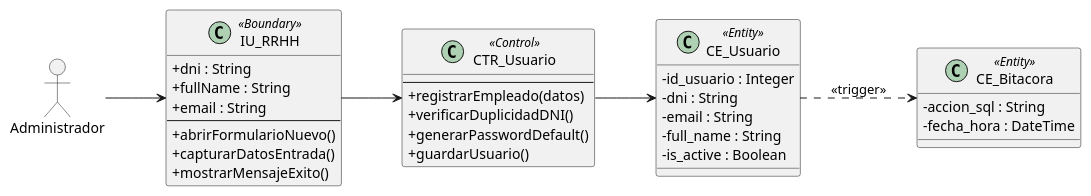
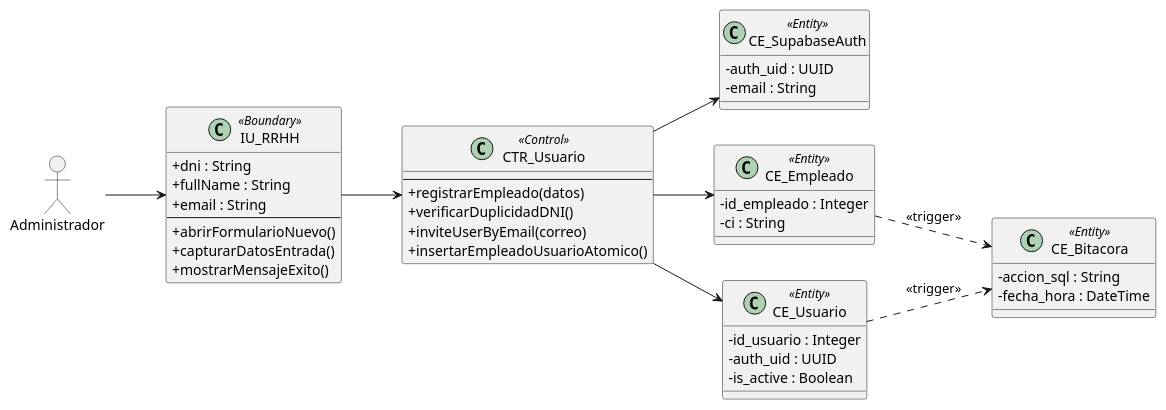
Before and after one commit to INGvainilla/grulacOFICIAL: diagram 37 of 46 in PROYECTO-MAIN/oficial/OFICIAL.md, drawn with PlantUML. The commit also changed other lines of this file and 21 other files, not shown here.

````diff
--- a/PROYECTO-MAIN/oficial/OFICIAL.md
+++ b/PROYECTO-MAIN/oficial/OFICIAL.md
@@ -2662,45 +2795,56 @@
 ```plantuml
 @startuml DClases_CU03
 allowmixing
 left to right direction
 skinparam classAttributeIconSize 0
 skinparam backgroundColor transparent
 actor "Administrador" as Actor
 
 class "IU_RRHH" as IU <<Boundary>> {
   + dni : String
   + fullName : String
   + email : String
   --
   + abrirFormularioNuevo()
   + capturarDatosEntrada()
   + mostrarMensajeExito()
 }
 
 class "CTR_Usuario" as CTR <<Control>> {
   --
   + registrarEmpleado(datos)
   + verificarDuplicidadDNI()
-  + generarPasswordDefault()
-  + guardarUsuario()
+  + inviteUserByEmail(correo)
+  + insertarEmpleadoUsuarioAtomico()
 }
 
-class "CE_Usuario" as ENT <<Entity>> {
+class "CE_SupabaseAuth" as AUTH <<Entity>> {
+  - auth_uid : UUID
+  - email : String
+}
+
+class "CE_Empleado" as ENT1 <<Entity>> {
+  - id_empleado : Integer
+  - ci : String
+}
+
+class "CE_Usuario" as ENT2 <<Entity>> {
   - id_usuario : Integer
-  - dni : String
-  - email : String
-  - full_name : String
+  - auth_uid : UUID
   - is_active : Boolean
 }
 
-class "CE_Bitacora" as ENT2 <<Entity>> {
+class "CE_Bitacora" as ENT3 <<Entity>> {
   - accion_sql : String
   - fecha_hora : DateTime
 }
 
 Actor --> IU
 IU --> CTR
-CTR --> ENT
-ENT ..> ENT2 : <<trigger>>
+CTR --> AUTH
+CTR --> ENT1
+CTR --> ENT2
+ENT1 ..> ENT3 : <<trigger>>
+ENT2 ..> ENT3 : <<trigger>>
 @enduml
 ```
````
